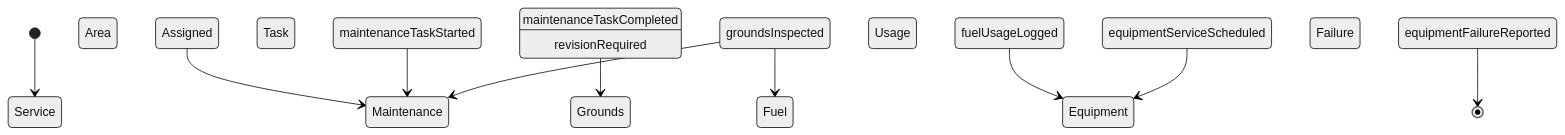
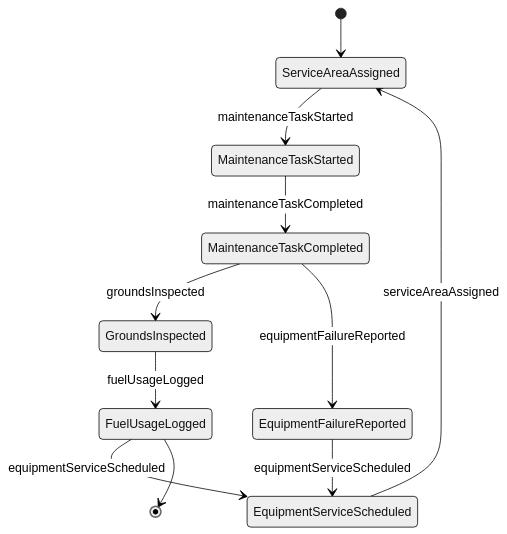
One commit to dot-org-ai/tasks.org.ai changed the second of 4 diagrams in ControllingMachinesAndProcesses/OperateAgriculturalOrForestryEquipment/OperateGroundsMaintenanceEquipment.mdx. Above: the diagram before and after it, drawn with Mermaid (neutral theme). The commit also changed other lines of this file and 515 other files, not shown here.

````diff
--- a/ControllingMachinesAndProcesses/OperateAgriculturalOrForestryEquipment/OperateGroundsMaintenanceEquipment.mdx
+++ b/ControllingMachinesAndProcesses/OperateAgriculturalOrForestryEquipment/OperateGroundsMaintenanceEquipment.mdx
@@ -97,12 +97,13 @@
 ```mermaid
 stateDiagram-v2
-    [*] --> Service Area Assigned
-    Service Area Assigned --> Maintenance Task Started : maintenanceTaskStarted
-    Maintenance Task Started --> Maintenance Task Completed : maintenanceTaskCompleted
-    Maintenance Task Completed --> Grounds Inspected : groundsInspected
-    Grounds Inspected --> Fuel Usage Logged : fuelUsageLogged
-    Fuel Usage Logged --> Equipment Service Scheduled : equipmentServiceScheduled
-    Equipment Service Scheduled --> Equipment Failure Reported : equipmentFailureReported
-    Grounds Inspected --> Maintenance Task Completed : revisionRequired
-    Equipment Failure Reported --> [*]
+    [*] --> ServiceAreaAssigned
+    ServiceAreaAssigned --> MaintenanceTaskStarted : maintenanceTaskStarted
+    MaintenanceTaskStarted --> MaintenanceTaskCompleted : maintenanceTaskCompleted
+    MaintenanceTaskCompleted --> GroundsInspected : groundsInspected
+    GroundsInspected --> FuelUsageLogged : fuelUsageLogged
+    FuelUsageLogged --> EquipmentServiceScheduled : equipmentServiceScheduled
+    MaintenanceTaskCompleted --> EquipmentFailureReported : equipmentFailureReported
+    EquipmentFailureReported --> EquipmentServiceScheduled : equipmentServiceScheduled
+    EquipmentServiceScheduled --> ServiceAreaAssigned : serviceAreaAssigned
+    FuelUsageLogged --> [*]
 ```
````
